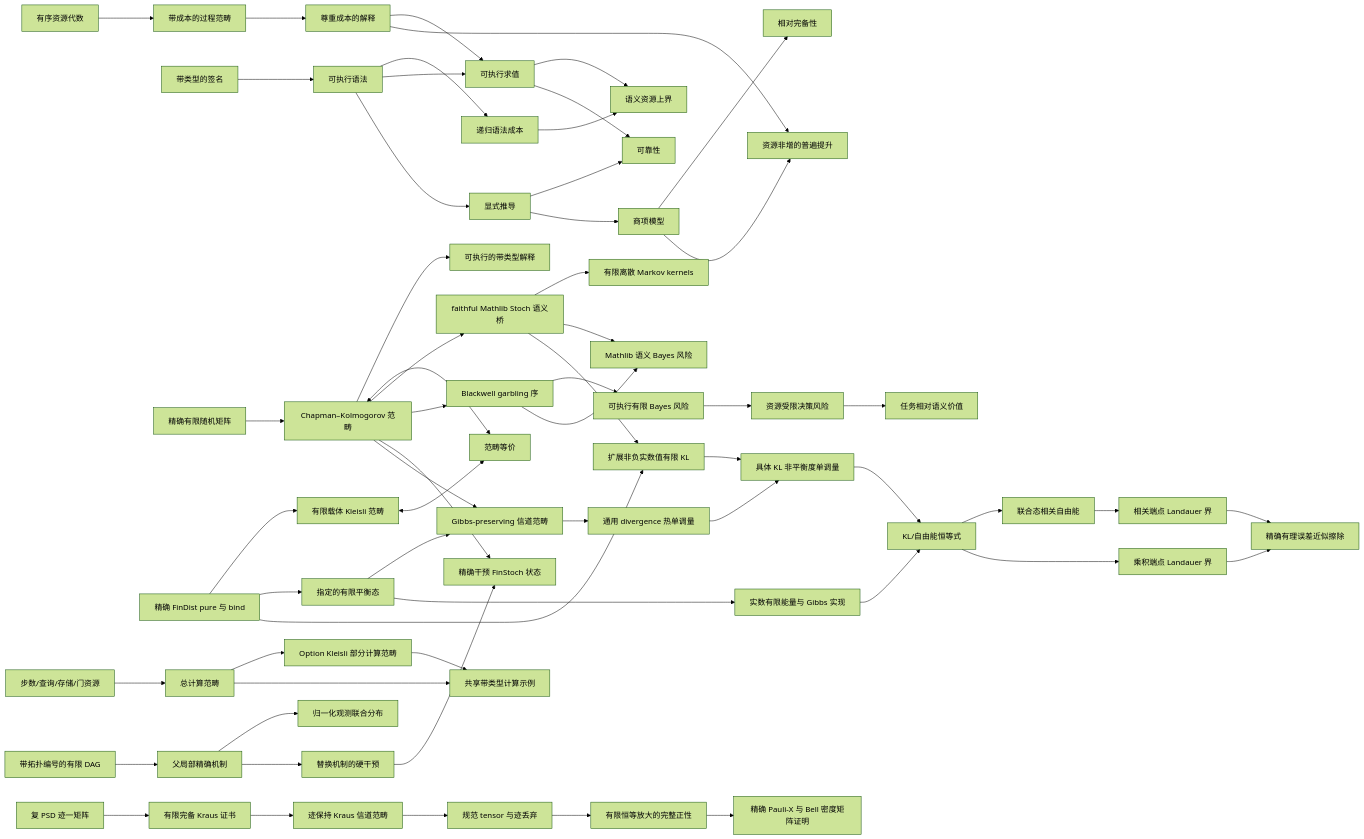
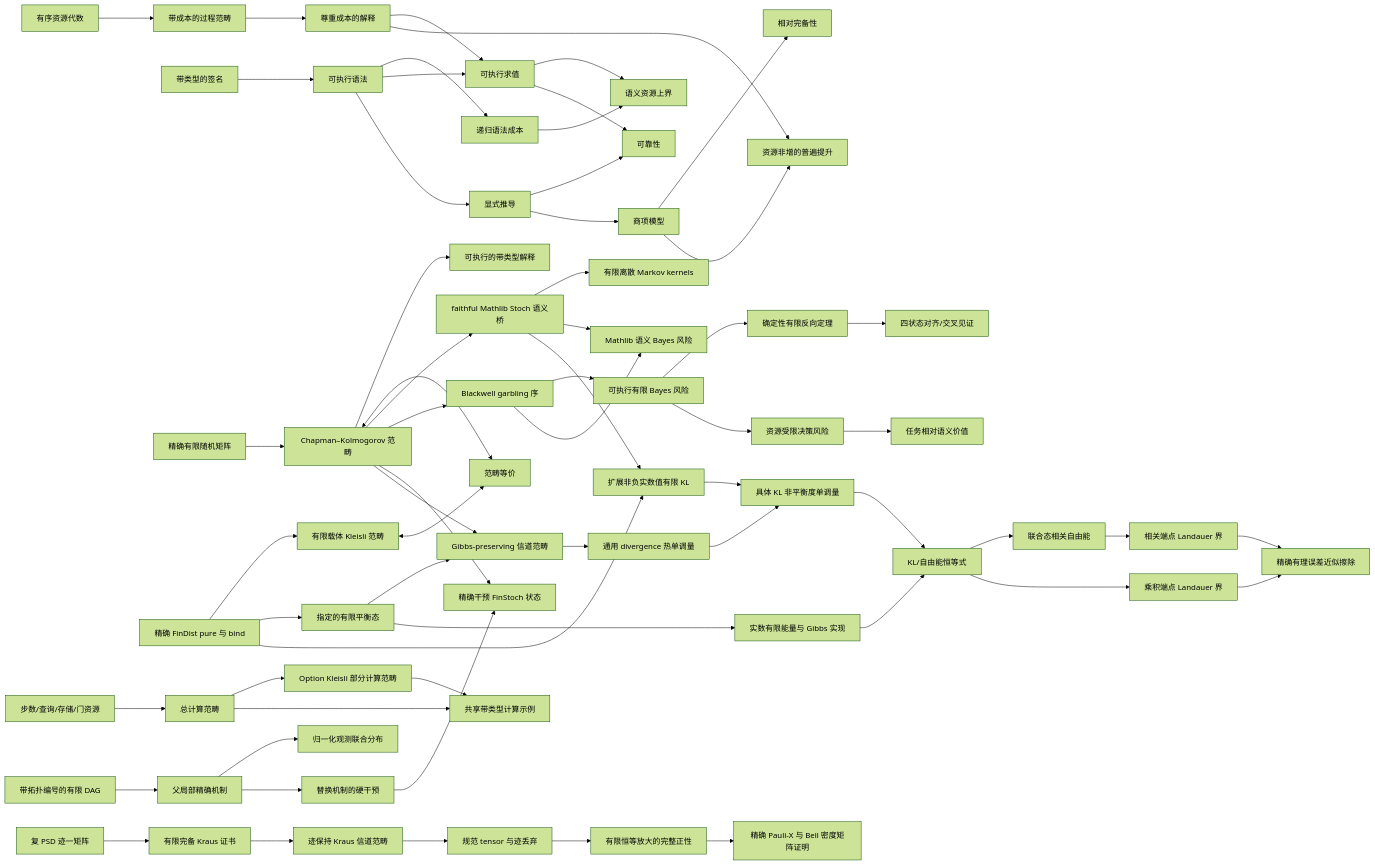
Before and after one commit to miuchan/ript: the diagram in docs/README.zh-CN.md, drawn with Mermaid (forest theme). The commit also changed other lines of this file and 12 other files, not shown here.

````diff
--- a/docs/README.zh-CN.md
+++ b/docs/README.zh-CN.md
@@ -932,61 +943,63 @@
 ```mermaid
 flowchart LR
   R["有序资源代数"] --> C["带成本的过程范畴"]
   S["带类型的签名"] --> X["可执行语法"]
   X --> K["递归语法成本"]
   C --> I["尊重成本的解释"]
   X --> E["可执行求值"]
   I --> E
   K --> B["语义资源上界"]
   E --> B
   X --> D["显式推导"]
   D --> SO["可靠性"]
   E --> SO
   D --> T["商项模型"]
   T --> CO["相对完备性"]
   I --> U["资源非增的普遍提升"]
   T --> U
   F["精确有限随机矩阵"] --> CK["Chapman–Kolmogorov 范畴"]
   CK --> EX["可执行的带类型解释"]
   FD["精确 FinDist pure 与 bind"] --> KL["有限载体 Kleisli 范畴"]
   CK <--> EQ["范畴等价"]
   KL <--> EQ
   CK --> ST["faithful Mathlib Stoch 语义桥"]
   ST --> MT["有限离散 Markov kernels"]
   CK --> BW["Blackwell garbling 序"]
   ST --> SB["Mathlib 语义 Bayes 风险"]
   BW --> FR["可执行有限 Bayes 风险"]
+  FR --> DB["确定性有限反向定理"]
+  DB --> DX["四状态对齐/交叉见证"]
   FR --> RR["资源受限决策风险"]
   RR --> SV["任务相对语义价值"]
   BW --> SB
   CR["步数/查询/存储/门资源"] --> TC["总计算范畴"]
   TC --> PC["Option Kleisli 部分计算范畴"]
   TC --> CE["共享带类型计算示例"]
   PC --> CE
   DAG["带拓扑编号的有限 DAG"] --> CM["父局部精确机制"]
   CM --> OJ["归一化观测联合分布"]
   CM --> DO["替换机制的硬干预"]
   DO --> IS["精确干预 FinStoch 状态"]
   CK --> IS
   FD --> TE["指定的有限平衡态"]
   CK --> GP["Gibbs-preserving 信道范畴"]
   TE --> GP
   GP --> TM["通用 divergence 热单调量"]
   FD --> FKL["扩展非负实数值有限 KL"]
   ST --> FKL
   FKL --> KTM["具体 KL 非平衡度单调量"]
   TM --> KTM
   TE --> GD["实数有限能量与 Gibbs 实现"]
   GD --> FE["KL/自由能恒等式"]
   KTM --> FE
   FE --> Corr["联合态相关自由能"]
   FE --> LW["乘积端点 Landauer 界"]
   Corr --> CLW["相关端点 Landauer 界"]
   LW --> AE["精确有理误差近似擦除"]
   CLW --> AE
   QB["复 PSD 迹一矩阵"] --> QK["有限完备 Kraus 证书"]
   QK --> QC["迹保持 Kraus 信道范畴"]
   QC --> QT["规范 tensor 与迹丢弃"]
   QT --> QP["有限恒等放大的完整正性"]
   QP --> QX["精确 Pauli-X 与 Bell 密度矩阵证明"]
 ```
````
